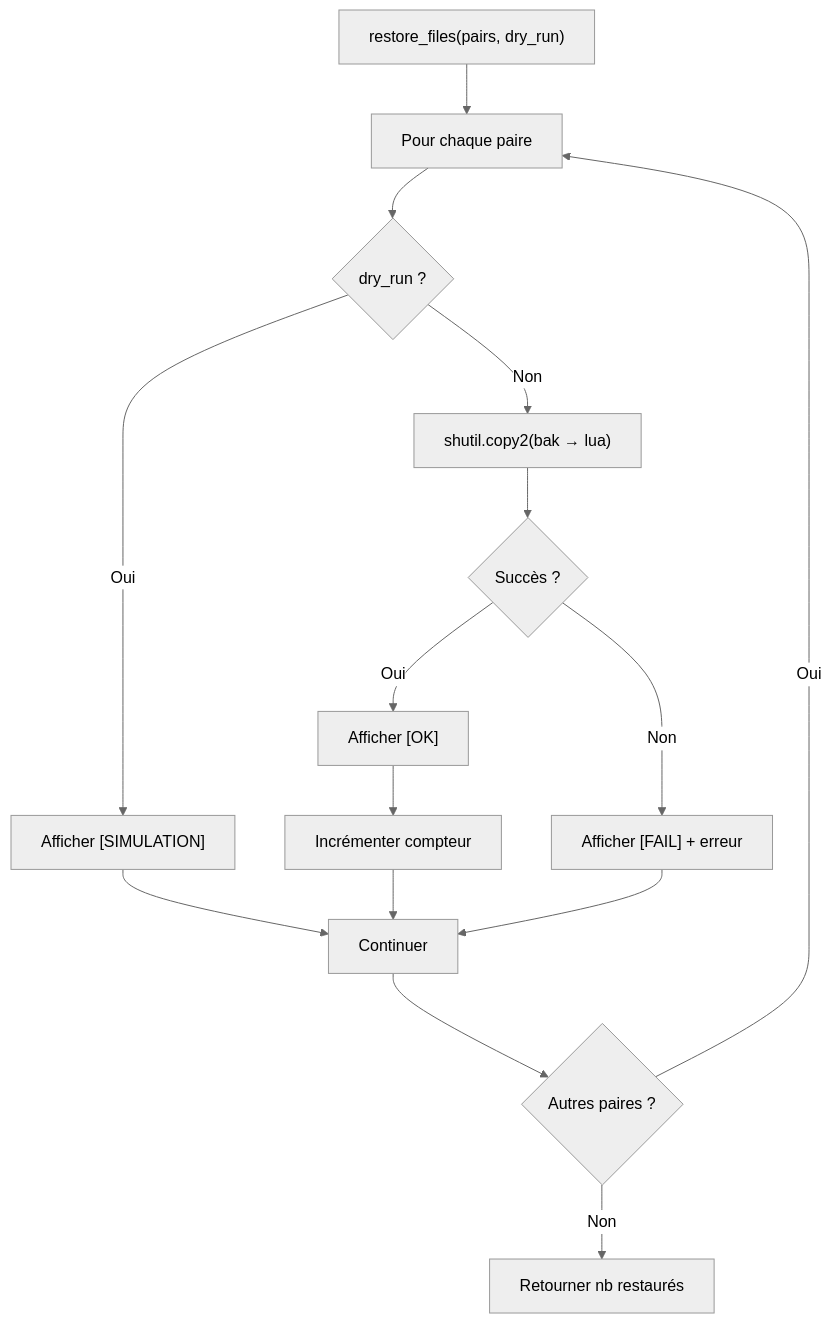
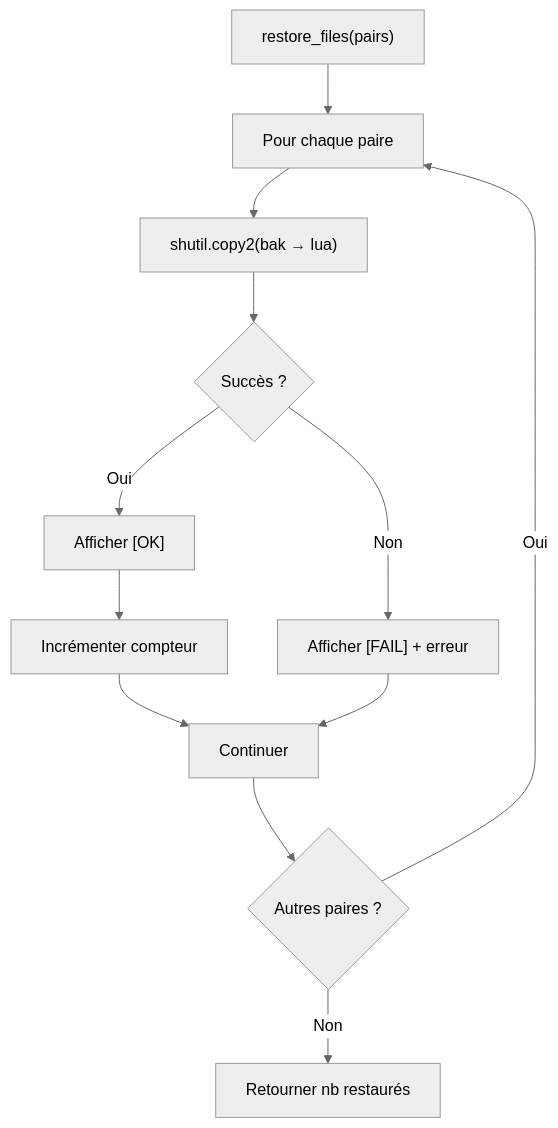
Before and after one commit to Gotcha26/Adobe_Lightroom_Translation_Plugins_Kit: the fifth of 6 diagrams in 9_Tools/__doc/fr/outils/RESTORE_BACKUP.md, drawn with Mermaid (neutral theme). The commit also changed other lines of this file and 2 other files, not shown here.

Commit message:
Delete dry-run option to restore .bak

````diff
--- a/9_Tools/__doc/fr/outils/RESTORE_BACKUP.md
+++ b/9_Tools/__doc/fr/outils/RESTORE_BACKUP.md
@@ -247,17 +236,14 @@
 ```mermaid
 flowchart TD
-    A["restore_files(pairs, dry_run)"] --> B["Pour chaque paire"]
-    B --> C{"dry_run ?"}
-    C -->|Oui| D["Afficher [SIMULATION]"]
-    C -->|Non| E["shutil.copy2(bak → lua)"]
-    E --> F{"Succès ?"}
-    F -->|Oui| G["Afficher [OK]"]
-    F -->|Non| H["Afficher [FAIL] + erreur"]
-    G --> I["Incrémenter compteur"]
-    D --> J["Continuer"]
-    I --> J
-    H --> J
-    J --> K{"Autres paires ?"}
-    K -->|Oui| B
-    K -->|Non| L["Retourner nb restaurés"]
+    A["restore_files(pairs)"] --> B["Pour chaque paire"]
+    B --> C["shutil.copy2(bak → lua)"]
+    C --> D{"Succès ?"}
+    D -->|Oui| E["Afficher [OK]"]
+    D -->|Non| F["Afficher [FAIL] + erreur"]
+    E --> G["Incrémenter compteur"]
+    G --> H["Continuer"]
+    F --> H
+    H --> I{"Autres paires ?"}
+    I -->|Oui| B
+    I -->|Non| J["Retourner nb restaurés"]
 ```
````
